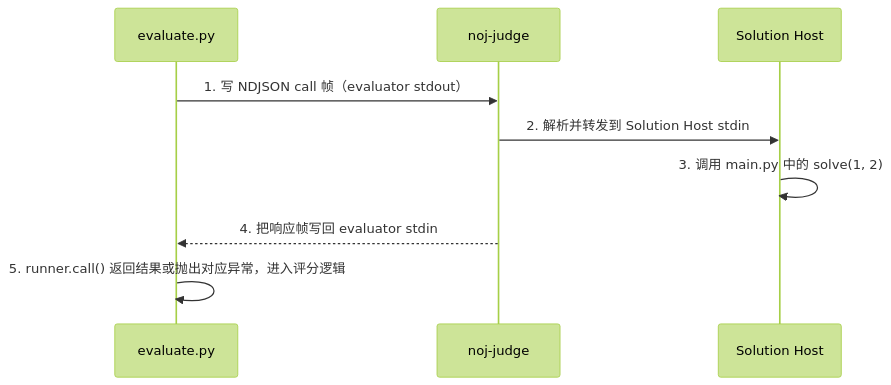
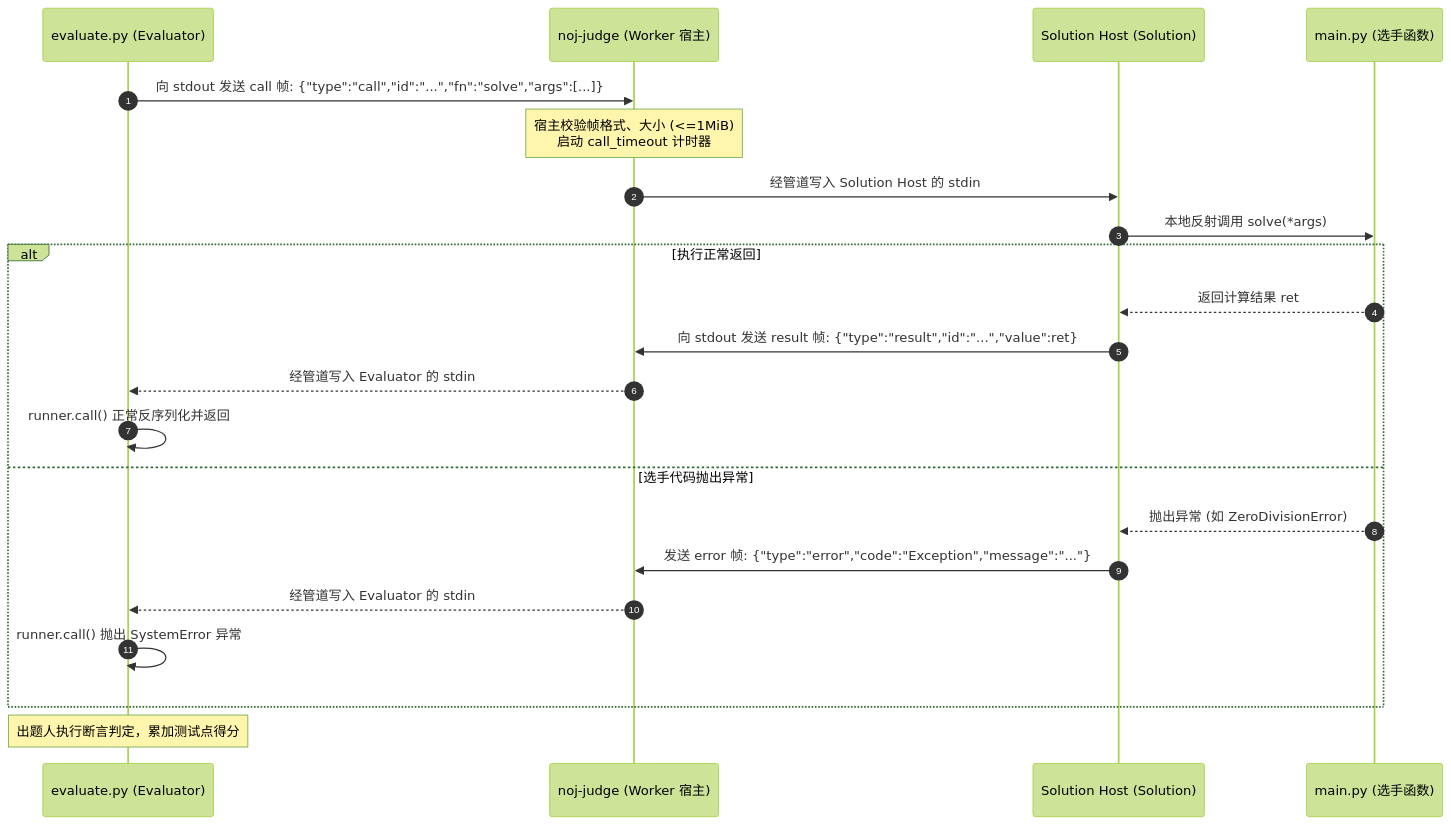
One commit to Neuro-OJ/neuro-oj changed the third of 3 diagrams in noj-docs/docs/mechanisms/judge-model.md. Above: the diagram before and after it, drawn with Mermaid (forest theme). The commit also changed other lines of this file and 23 other files, not shown here.

````diff
--- a/noj-docs/docs/mechanisms/judge-model.md
+++ b/noj-docs/docs/mechanisms/judge-model.md
@@ -93,11 +134,25 @@
 ```mermaid
 sequenceDiagram
-    participant E as evaluate.py
-    participant J as noj-judge
-    participant S as Solution Host
-    E->>J: 1. 写 NDJSON call 帧（evaluator stdout）
-    J->>S: 2. 解析并转发到 Solution Host stdin
-    S->>S: 3. 调用 main.py 中的 solve(1, 2)
-    J-->>E: 4. 把响应帧写回 evaluator stdin
-    E->>E: 5. runner.call() 返回结果或抛出对应异常，进入评分逻辑
+    autonumber
+    participant E as evaluate.py (Evaluator)
+    participant J as noj-judge (Worker 宿主)
+    participant S as Solution Host (Solution)
+    participant U as main.py (选手函数)
+
+    E->>J: 向 stdout 发送 call 帧: {"type":"call","id":"...","fn":"solve","args":[...]}
+    Note over J: 宿主校验帧格式、大小 (<=1MiB)<br/>启动 call_timeout 计时器
+    J->>S: 经管道写入 Solution Host 的 stdin
+    S->>U: 本地反射调用 solve(*args)
+    alt 执行正常返回
+        U-->>S: 返回计算结果 ret
+        S->>J: 向 stdout 发送 result 帧: {"type":"result","id":"...","value":ret}
+        J-->>E: 经管道写入 Evaluator 的 stdin
+        E->>E: runner.call() 正常反序列化并返回
+    else 选手代码抛出异常
+        U-->>S: 抛出异常 (如 ZeroDivisionError)
+        S->>J: 发送 error 帧: {"type":"error","code":"Exception","message":"..."}
+        J-->>E: 经管道写入 Evaluator 的 stdin
+        E->>E: runner.call() 抛出 SystemError 异常
+    end
+    Note over E: 出题人执行断言判定，累加测试点得分
 ```
````
